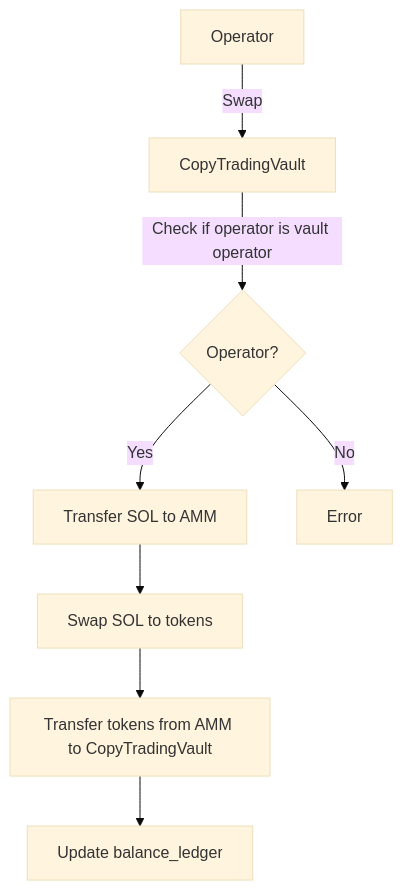
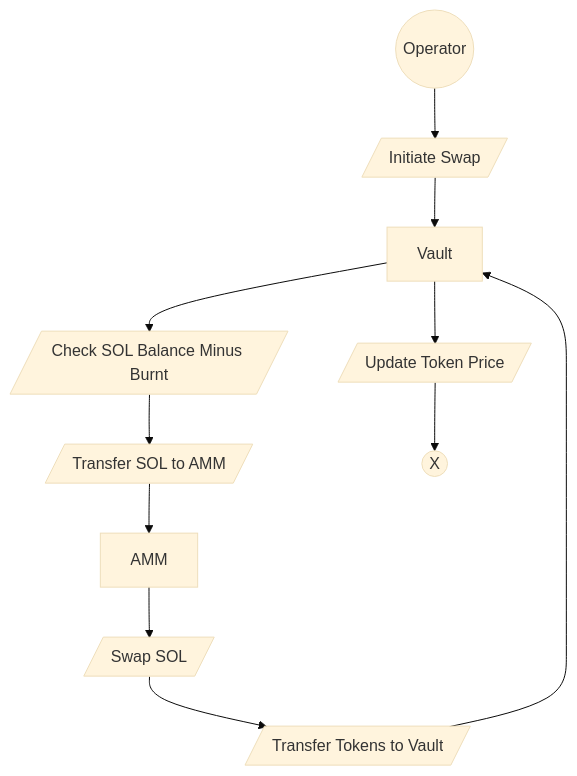
Before and after one commit to n3m6/Q2_25_Builder_Faraz: the sixth of 7 diagrams in docs/Architecture.md, drawn with Mermaid (base theme). The commit also changed other lines of this file, not shown here.

````diff
--- a/docs/Architecture.md
+++ b/docs/Architecture.md
@@ -101,10 +114,13 @@
-```mermaid
+```mermaid 
 flowchart TD
-    A[Operator] -->|Swap| B[CopyTradingVault]
-    B -->|Check if operator is vault operator| C{Operator?}
-    C -->|Yes| D[Transfer SOL to AMM]
-    C -->|No| E[Error]
-    D --> F[Swap SOL to tokens]
-    F --> G[Transfer tokens from AMM to CopyTradingVault]
-    G --> H[Update balance_ledger]
+    A((Operator)) -->B[/Initiate Swap/]
+    B --> C[Vault]
+    C --> K[/Check SOL Balance Minus Burnt/]
+    K --> D[/Transfer SOL to AMM/]
+    D --> E[AMM]
+    E --> F[/Swap SOL/]
+    F --> G[/Transfer Tokens to Vault/]
+    G --> C
+    C --> H[/Update Token Price/]
+    H --> I((X))
 ```
````
